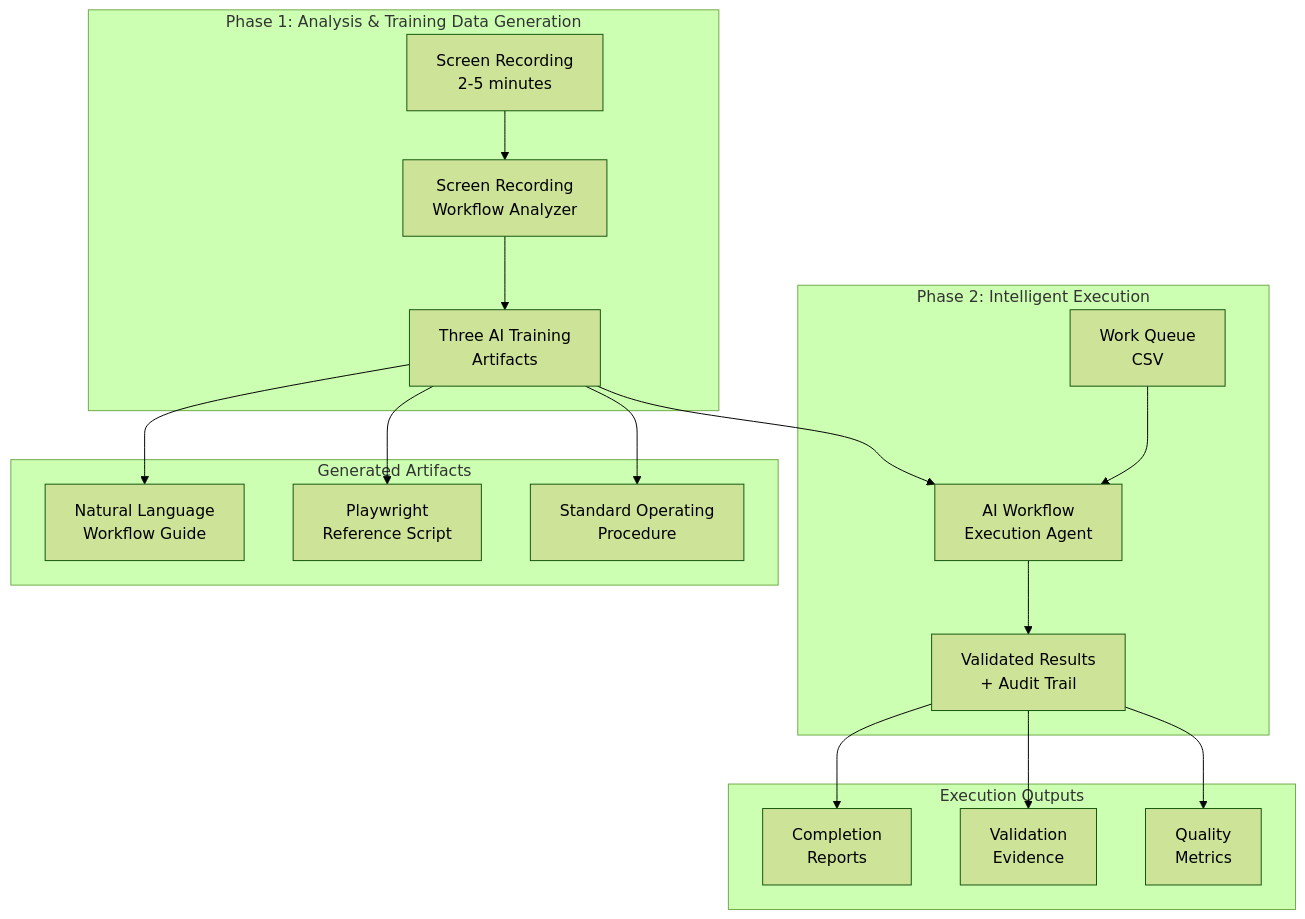
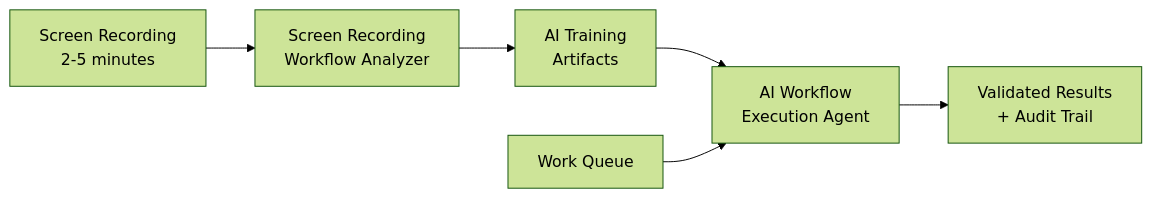
Before and after one commit to Alberto-Codes/agent-workflow-suite: the diagram in README.md, drawn with Mermaid (forest theme). The commit also changed other lines of this file, not shown here.

````diff
--- a/README.md
+++ b/README.md
@@ -26,25 +21,8 @@
 ```mermaid
-graph TB
-    subgraph "Phase 1: Analysis & Training Data Generation"
-        VIDEO[Screen Recording<br/>2-5 minutes] --> ANALYZER[Screen Recording<br/>Workflow Analyzer]
-        ANALYZER --> ARTIFACTS[Three AI Training<br/>Artifacts]
-    end
-    
-    subgraph "Phase 2: Intelligent Execution"
-        ARTIFACTS --> EXECUTOR[AI Workflow<br/>Execution Agent]
-        CSV[Work Queue<br/>CSV] --> EXECUTOR
-        EXECUTOR --> RESULTS[Validated Results<br/>+ Audit Trail]
-    end
-    
-    subgraph "Generated Artifacts"
-        ARTIFACTS --> NLG[Natural Language<br/>Workflow Guide]
-        ARTIFACTS --> PSC[Playwright<br/>Reference Script]
-        ARTIFACTS --> SOP[Standard Operating<br/>Procedure]
-    end
-    
-    subgraph "Execution Outputs"
-        RESULTS --> COMPLETION[Completion<br/>Reports]
-        RESULTS --> EVIDENCE[Validation<br/>Evidence]
-        RESULTS --> METRICS[Quality<br/>Metrics]
-    end
+graph LR
+    VIDEO[Screen Recording<br/>2-5 minutes] --> ANALYZER[Screen Recording<br/>Workflow Analyzer]
+    ANALYZER --> ARTIFACTS[AI Training<br/>Artifacts]
+    ARTIFACTS --> EXECUTOR[AI Workflow<br/>Execution Agent]
+    CSV[Work Queue] --> EXECUTOR
+    EXECUTOR --> RESULTS[Validated Results<br/>+ Audit Trail]
 ```
````
